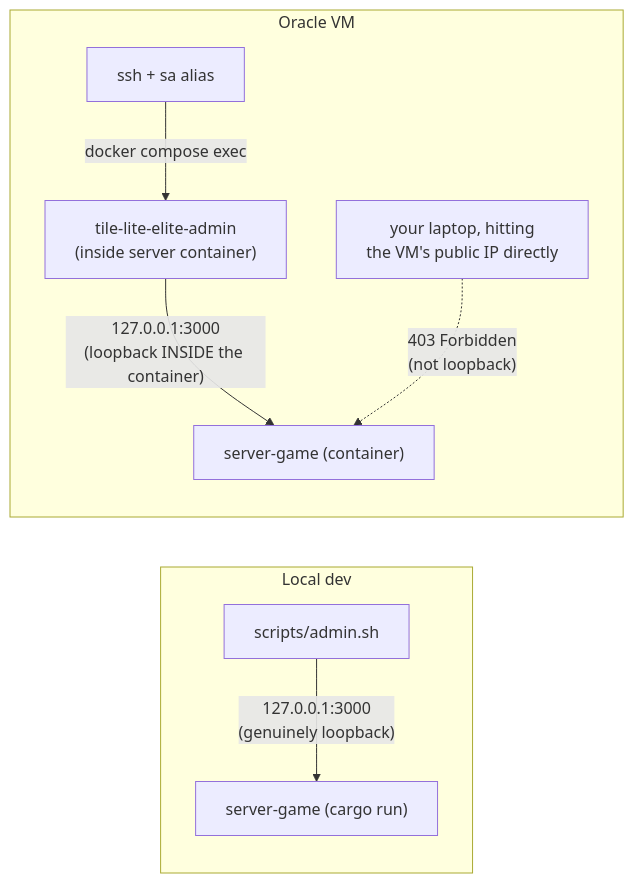
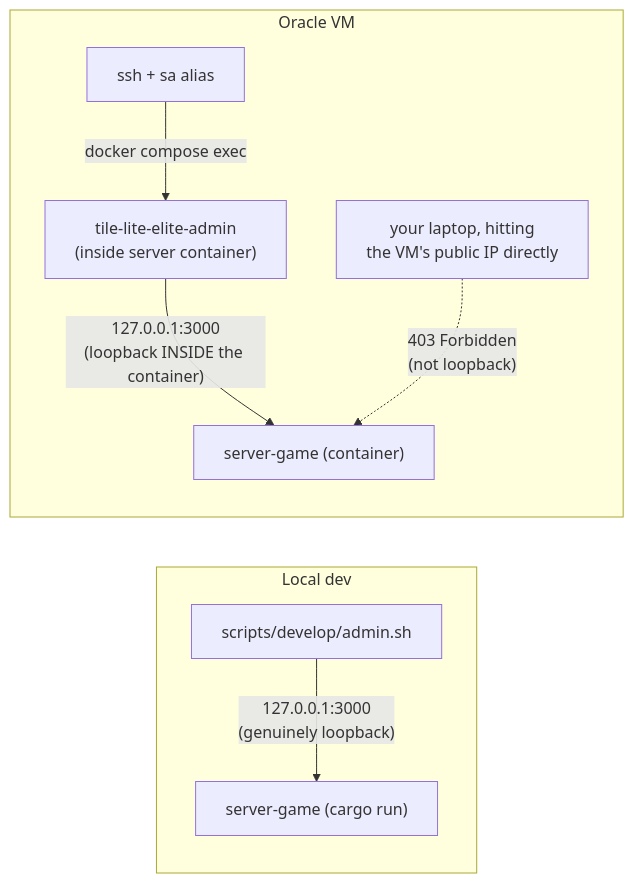
One commit to delphside/tile-lite-elite changed the second of 2 diagrams in docs/4.3.4-production-environment.md. Above: the diagram before and after it, drawn with Mermaid. The commit also changed other lines of this file and 235 other files, not shown here.

````diff
--- a/docs/4.3.4-production-environment.md
+++ b/docs/4.3.4-production-environment.md
@@ -142,11 +142,11 @@
 ```mermaid
 flowchart LR
     subgraph Local dev
-        AdminSh["scripts/admin.sh"] -- "127.0.0.1:3000\n(genuinely loopback)" --> DevServer["server-game (cargo run)"]
+        AdminSh["scripts/develop/admin.sh"] -- "127.0.0.1:3000\n(genuinely loopback)" --> DevServer["server-game (cargo run)"]
     end
     subgraph Oracle VM
         SSH["ssh + sa alias"] -- "docker compose exec" --> Container["tile-lite-elite-admin\n(inside server container)"]
         Container -- "127.0.0.1:3000\n(loopback INSIDE the container)" --> ProdServer["server-game (container)"]
         Outsider["your laptop, hitting\nthe VM's public IP directly"] -. "403 Forbidden\n(not loopback)" .-> ProdServer
     end
 ```
````
